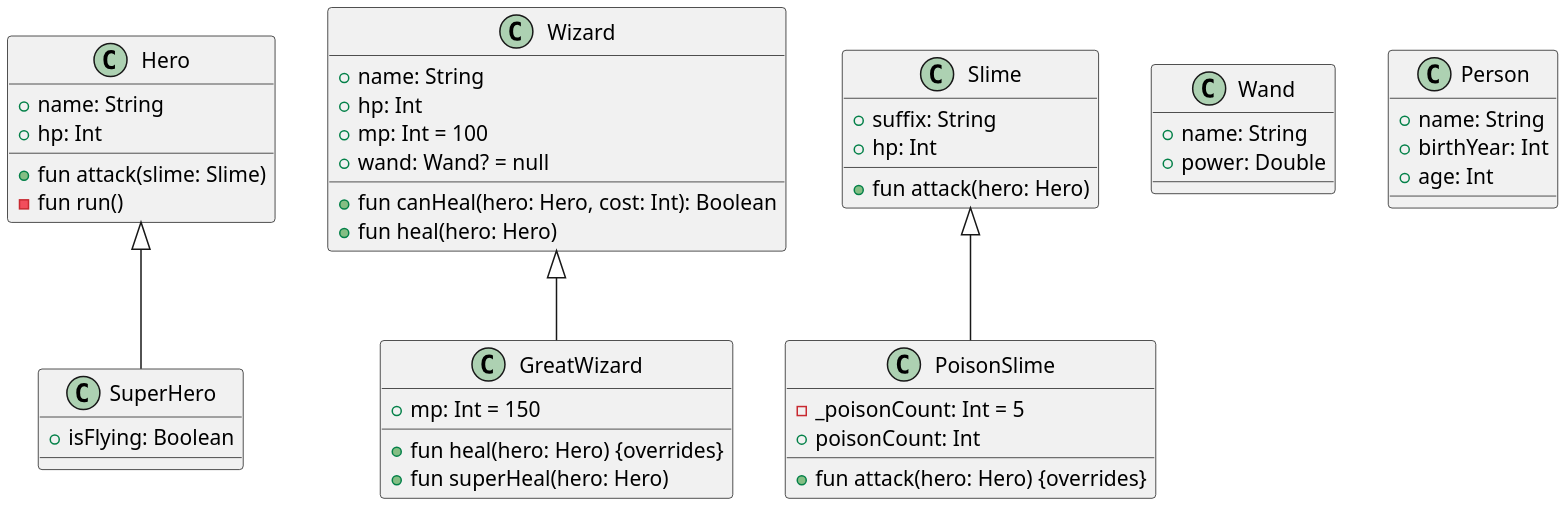
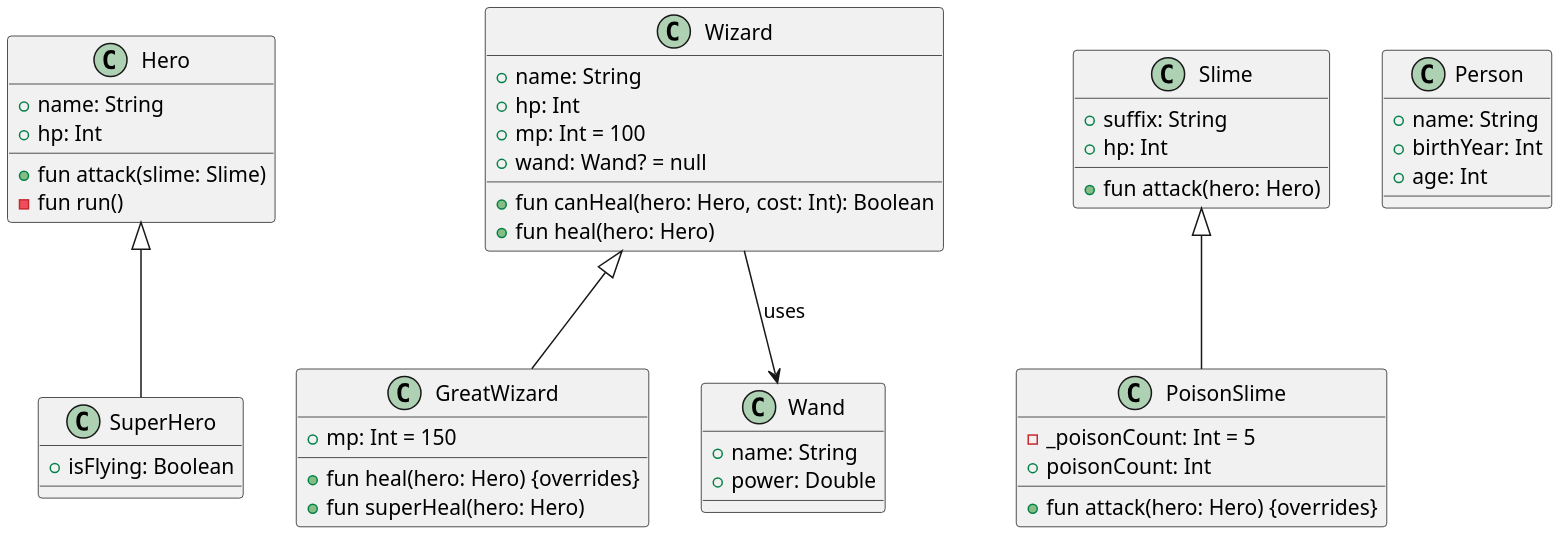
Before and after one commit to SurvivalCodingCampus/gangnam2_kotlin_study: the diagram in src/main/kotlin/com/survivalcoding/kotlinstudy/Game.puml, drawn with PlantUML.

Commit message:
refactor: Wizard에서 Wand로 연관 관계 화살표 추가

```diff
--- a/src/main/kotlin/com/survivalcoding/kotlinstudy/Game.puml
+++ b/src/main/kotlin/com/survivalcoding/kotlinstudy/Game.puml
@@ -1,57 +1,59 @@
 @startuml
 scale 2
 
 class Hero {
     + name: String
     + hp: Int
 
     + fun attack(slime: Slime)
     - fun run()
 }
 
 class SuperHero extends Hero {
     + isFlying: Boolean
 }
 
 class Wizard {
     + name: String
     + hp: Int
     + mp: Int = 100
     + wand: Wand? = null
 
     + fun canHeal(hero: Hero, cost: Int): Boolean
     + fun heal(hero: Hero)
 }
 
 class GreatWizard extends Wizard {
     + mp: Int = 150
 
     + fun heal(hero: Hero) {overrides}
     + fun superHeal(hero: Hero)
 }
 
 class Slime {
     + suffix: String
     + hp: Int
 
     + fun attack(hero: Hero)
 }
 
 class PoisonSlime extends Slime {
     - _poisonCount: Int = 5
     + poisonCount: Int
 
     + fun attack(hero: Hero) {overrides}
 }
 
 class Wand {
     + name: String
     + power: Double
 }
 
 class Person {
     + name: String
     + birthYear: Int
     + age: Int
 }
+
+Wizard --> Wand : uses
 @enduml
```
